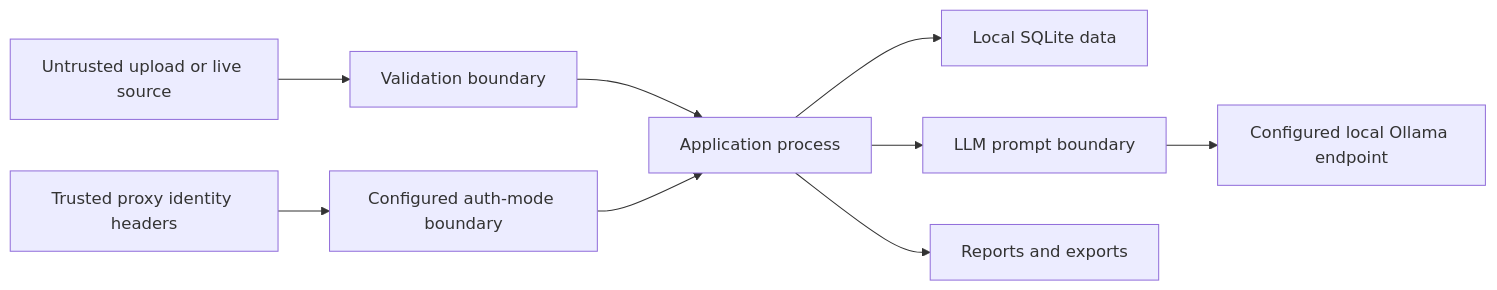
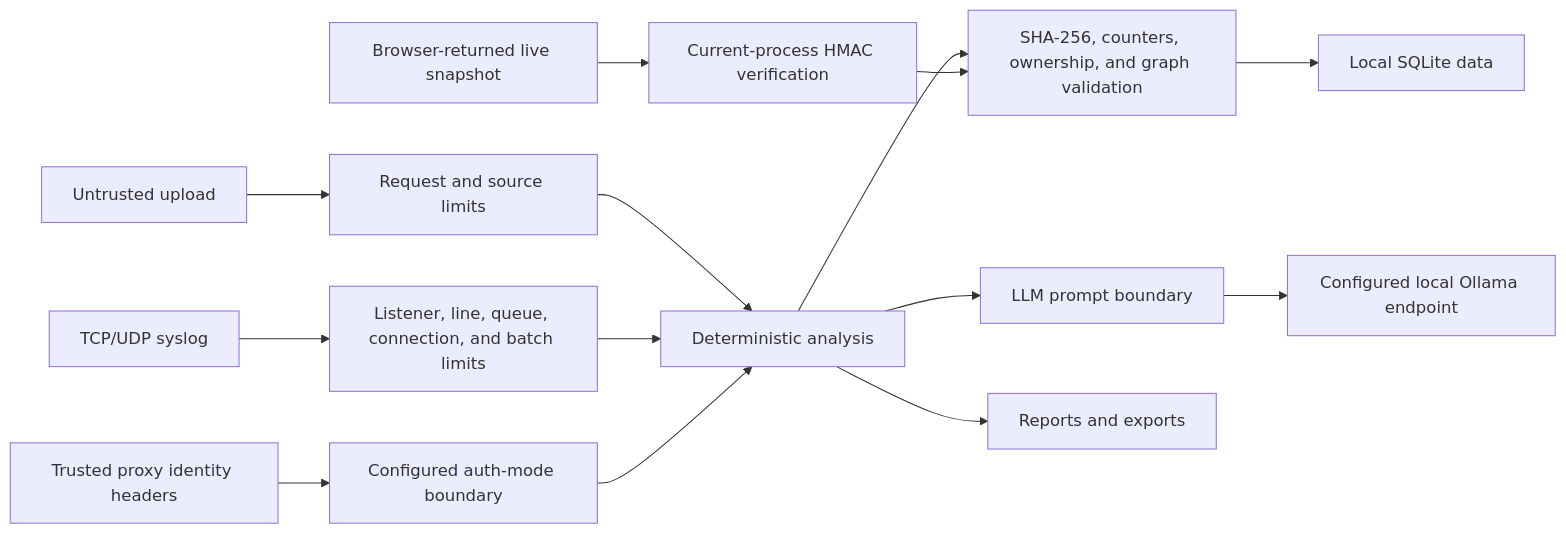
The third of 3 diagrams in docs/architecture.md (0zB0/Security-Log-Analyzer), drawn with Mermaid before and after one commit. The commit also changed other lines of this file and 156 other files, not shown here.

````diff
--- a/docs/architecture.md
+++ b/docs/architecture.md
@@ -98,11 +105,16 @@
 ```mermaid
 flowchart LR
-    X["Untrusted upload or live source"] --> B1["Validation boundary"]
-    B1 --> A["Application process"]
+    X["Untrusted upload"] --> B1["Request and source limits"]
+    C["TCP/UDP syslog"] --> B4["Listener, line, queue, connection, and batch limits"]
+    B1 --> A["Deterministic analysis"]
+    B4 --> A
+    A --> B5["SHA-256, counters, ownership, and graph validation"]
+    WS["Browser-returned live snapshot"] --> B6["Current-process HMAC verification"]
+    B6 --> B5
     ID["Trusted proxy identity headers"] --> B2["Configured auth-mode boundary"]
     B2 --> A
-    A --> D["Local SQLite data"]
+    B5 --> D["Local SQLite data"]
     A --> B3["LLM prompt boundary"]
     B3 --> O["Configured local Ollama endpoint"]
     A --> OUT["Reports and exports"]
 ```
````
